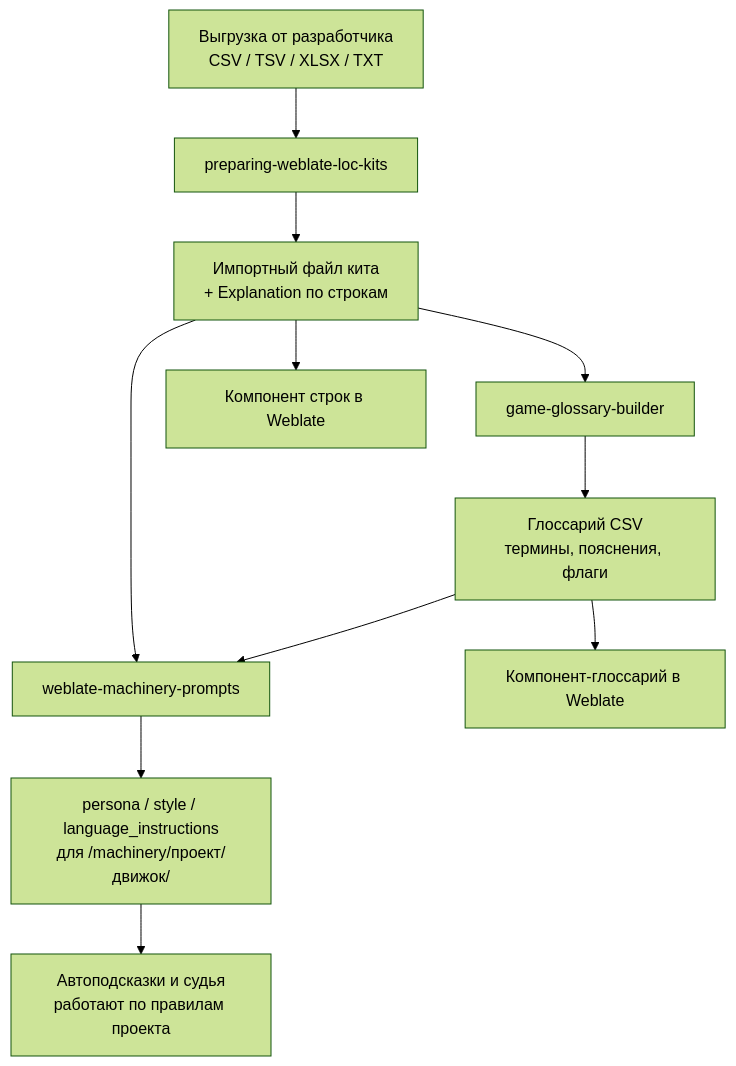
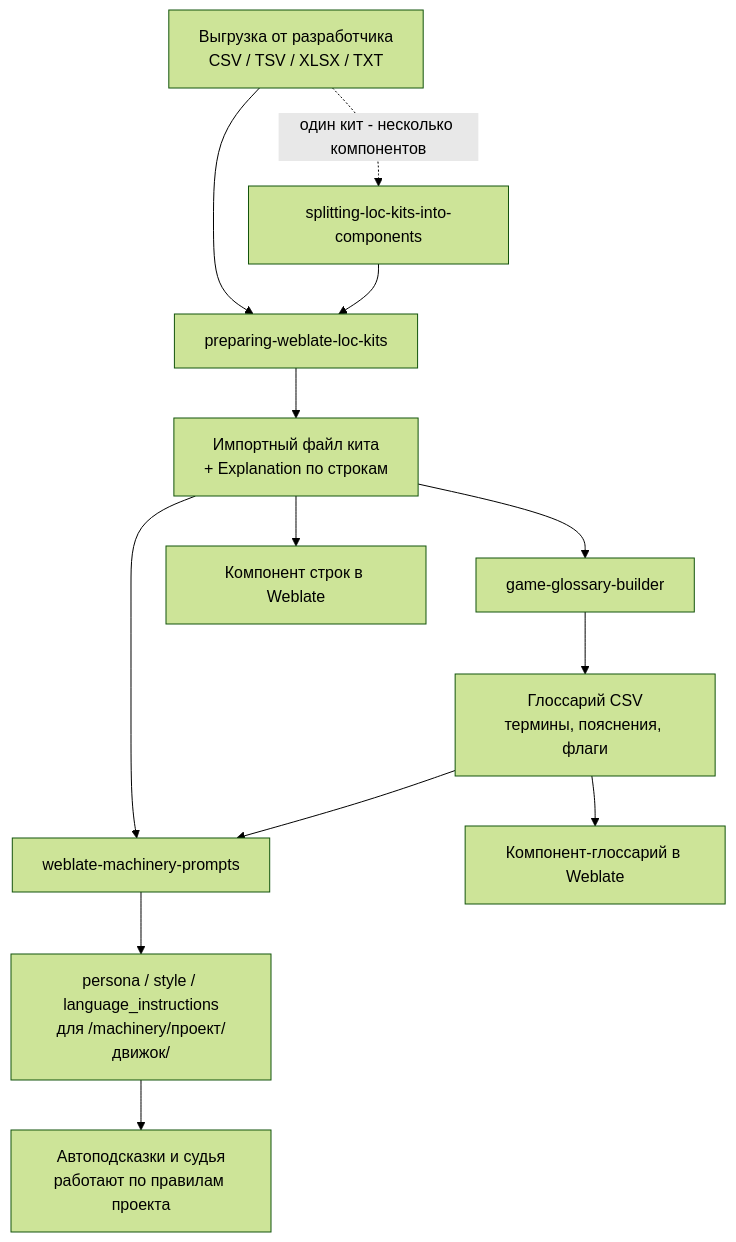
One commit to v9833078908/Herocraft-Localization-Skills changed the diagram in docs/workflow.md. Above: the diagram before and after it, drawn with Mermaid (forest theme). The commit also changed other lines of this file and 5 other files, not shown here.

First line of the commit message:
feat(loc-kits): add splitting-loc-kits-into-components

````diff
--- a/docs/workflow.md
+++ b/docs/workflow.md
@@ -7,13 +7,15 @@
 ```mermaid
 flowchart TD
     A[Выгрузка от разработчика<br/>CSV / TSV / XLSX / TXT] --> B[preparing-weblate-loc-kits]
+    A -. один кит - несколько компонентов .-> S[splitting-loc-kits-into-components]
+    S --> B
     B --> C[Импортный файл кита<br/>+ Explanation по строкам]
     C --> D[game-glossary-builder]
     D --> E[Глоссарий CSV<br/>термины, пояснения, флаги]
     C --> F[weblate-machinery-prompts]
     E --> F
     F --> G[persona / style / language_instructions<br/>для /machinery/проект/движок/]
     C --> H[Компонент строк в Weblate]
     E --> I[Компонент-глоссарий в Weblate]
     G --> J[Автоподсказки и судья<br/>работают по правилам проекта]
 ```
````
